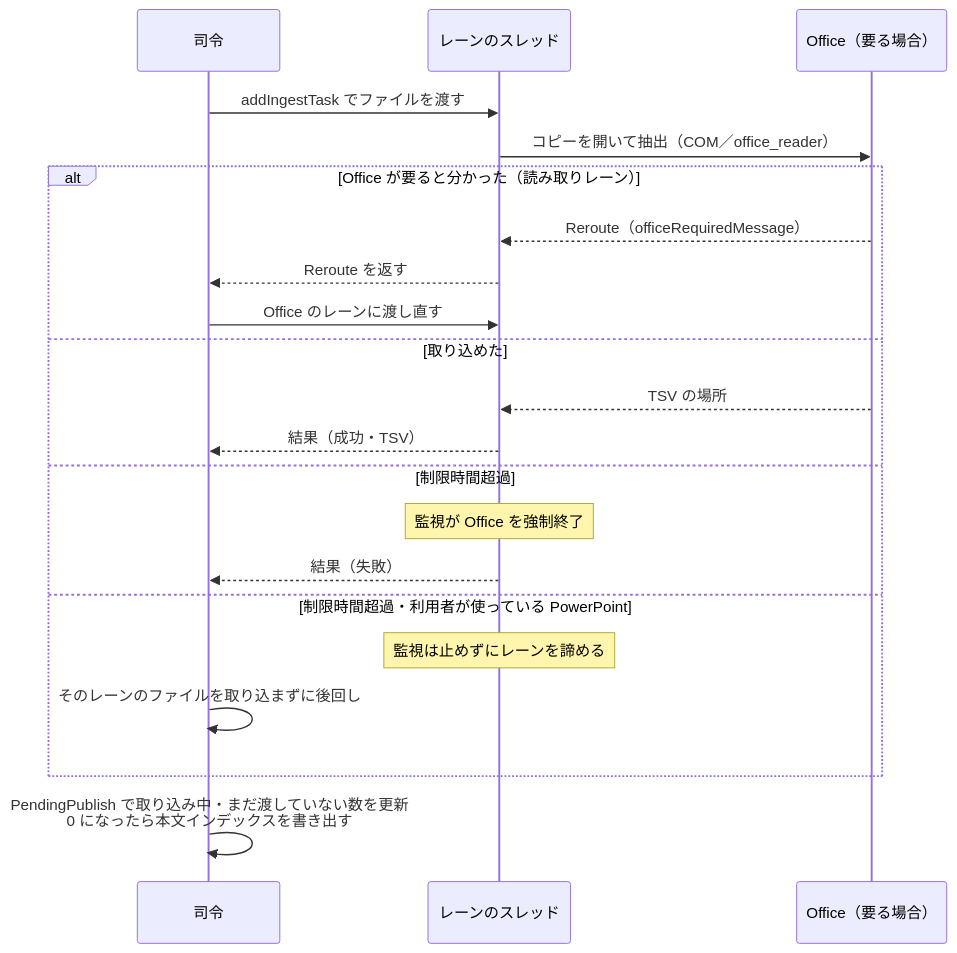
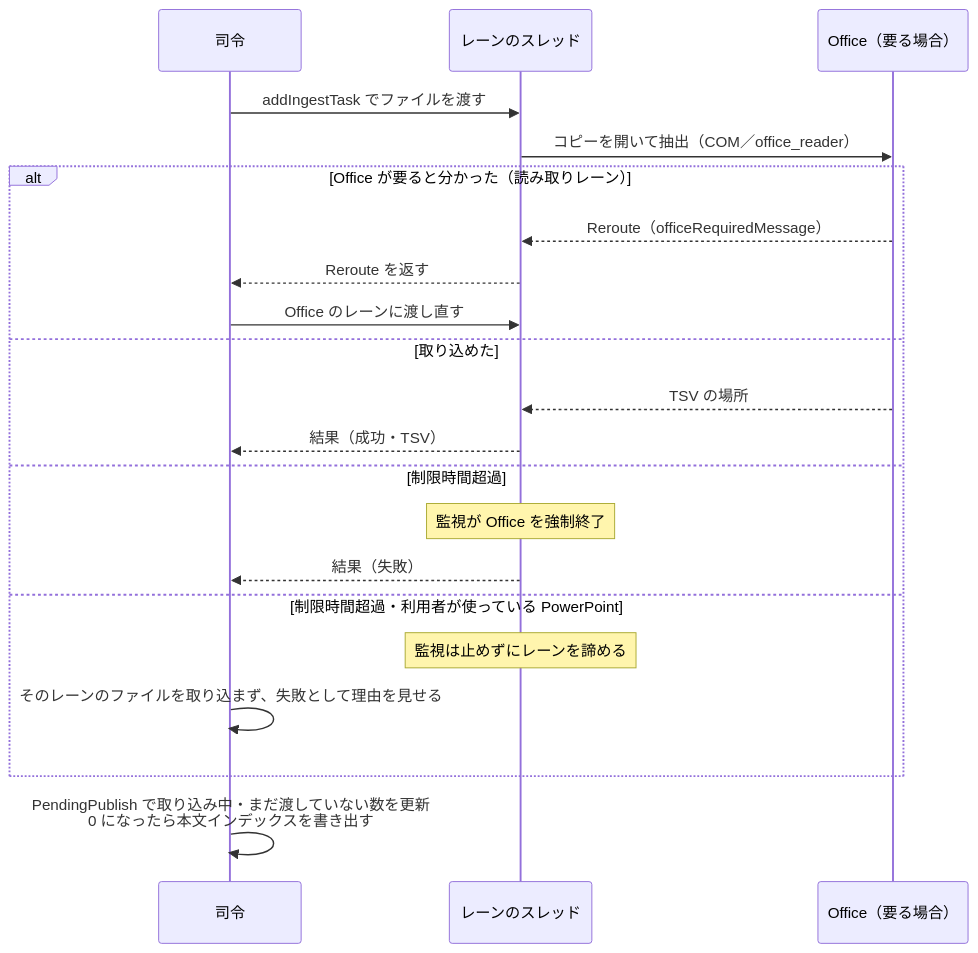
The second of 2 diagrams in docs/design/indexing/parallel.md (hsgwa/tebunko), drawn with Mermaid before and after one commit. The commit also changed other lines of this file and 9 other files, not shown here.

````diff
--- a/docs/design/indexing/parallel.md
+++ b/docs/design/indexing/parallel.md
@@ -31,24 +31,24 @@
 ```mermaid
 sequenceDiagram
     participant C as 司令
     participant W as レーンのスレッド
     participant O as Office（要る場合）
 
     C->>W: addIngestTask でファイルを渡す
     W->>O: コピーを開いて抽出（COM／office_reader）
     alt Office が要ると分かった（読み取りレーン）
         O-->>W: Reroute（officeRequiredMessage）
         W-->>C: Reroute を返す
         C->>W: Office のレーンに渡し直す
     else 取り込めた
         O-->>W: TSV の場所
         W-->>C: 結果（成功・TSV）
     else 制限時間超過
         Note over W: 監視が Office を強制終了
         W-->>C: 結果（失敗）
     else 制限時間超過・利用者が使っている PowerPoint
         Note over W: 監視は止めずにレーンを諦める
-        C->>C: そのレーンのファイルを取り込まずに後回し
+        C->>C: そのレーンのファイルを取り込まず、失敗として理由を見せる
     end
     C->>C: PendingPublish で取り込み中・まだ渡していない数を更新<br>0 になったら本文インデックスを書き出す
 ```
````
